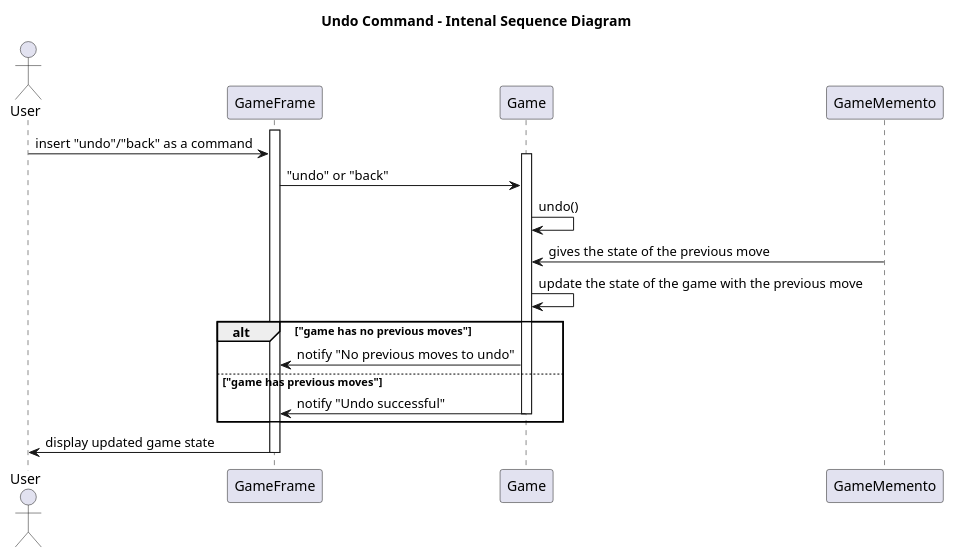
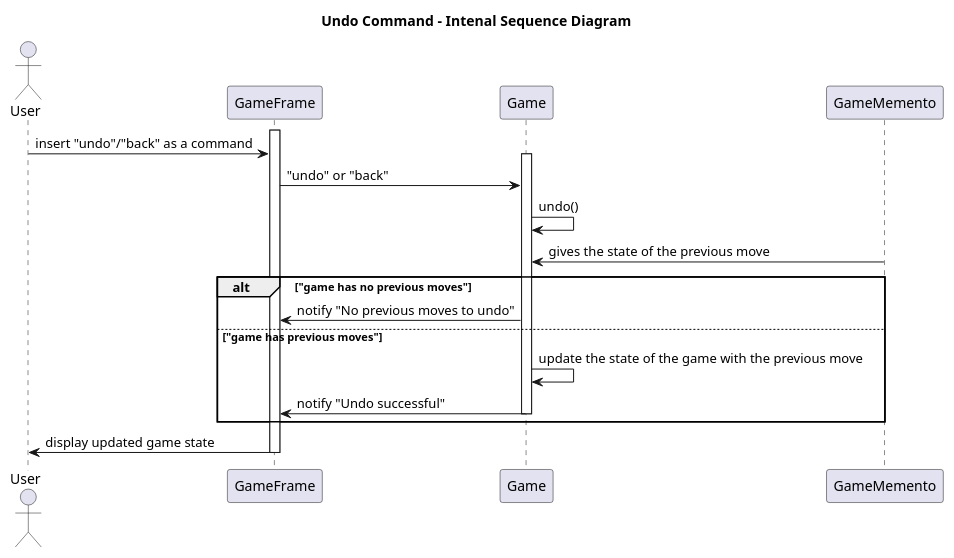
The diagram in docs/uml/UndoInternalSequenceDiagram.plantuml (nardib/TextAdventure), drawn with PlantUML before and after one commit. The commit also changed 10 other files, not shown here.

Commit message:
updated diagrams

```diff
--- a/docs/uml/UndoInternalSequenceDiagram.plantuml
+++ b/docs/uml/UndoInternalSequenceDiagram.plantuml
@@ -1,31 +1,31 @@
 @startuml Undo
 
 title Undo Command - Intenal Sequence Diagram
 
 actor User
 participant GameFrame
 participant Game
 participant GameMemento
 
 activate GameFrame
 User -> GameFrame : insert "undo"/"back" as a command
 
 activate Game
 GameFrame -> Game : "undo" or "back"
 
 Game -> Game : undo()
-GameMemento -> Game : gives the state of the previous move 
-Game -> Game : update the state of the game with the previous move
-
+GameMemento -> Game : gives the state of the previous move
 alt "game has no previous moves" 
     Game -> GameFrame : notify "No previous moves to undo"
 else "game has previous moves"
+    Game -> Game : update the state of the game with the previous move
+
     Game -> GameFrame : notify "Undo successful"
 deactivate Game
 end
 
 GameFrame -> User : display updated game state
 
 deactivate GameFrame
 
 @enduml
```
